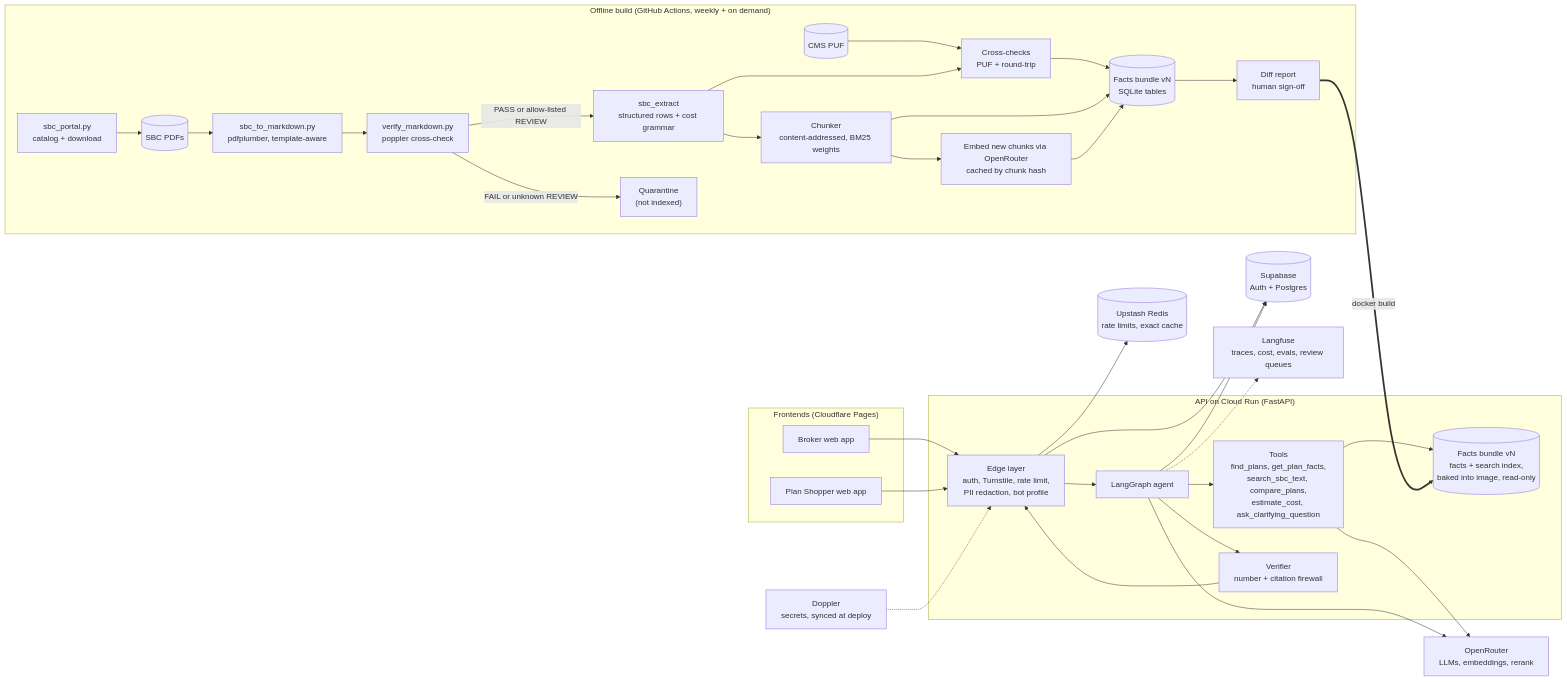
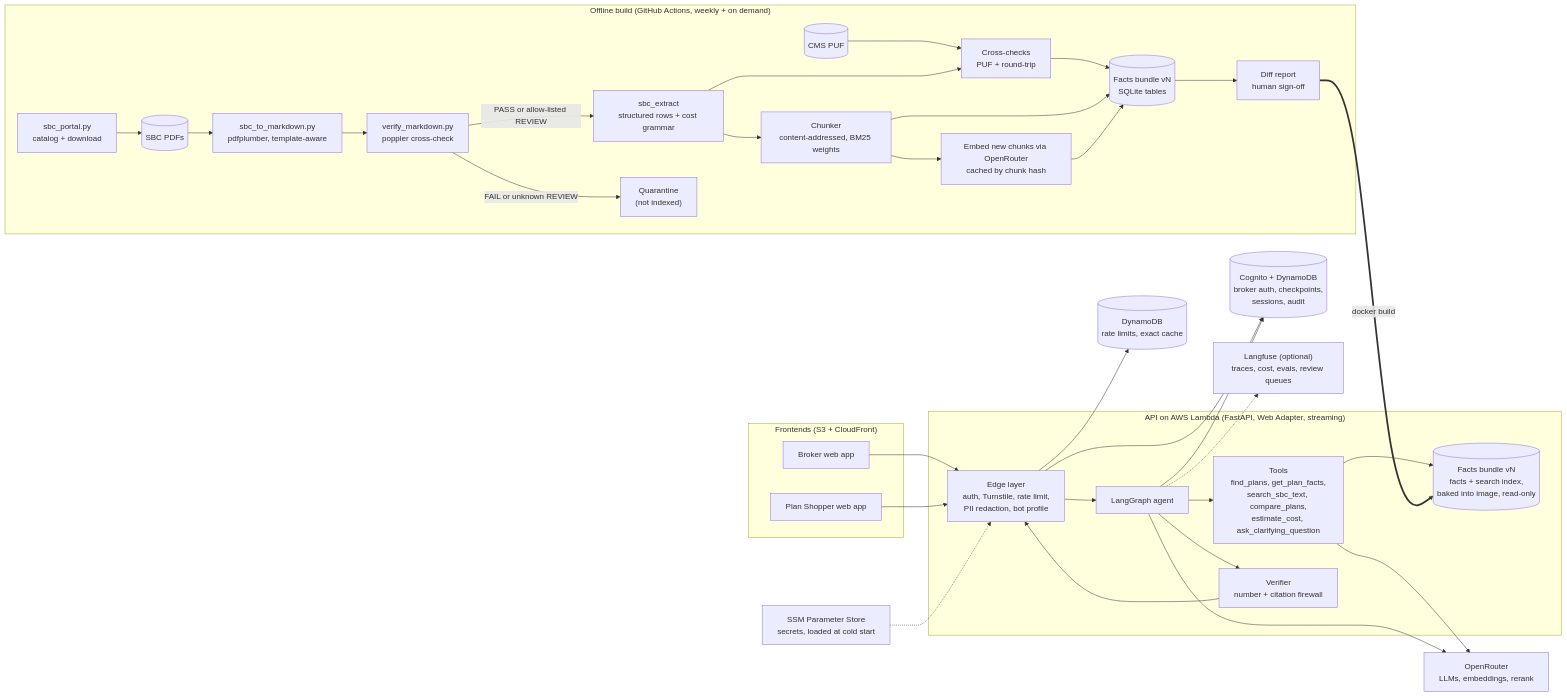
One commit to syamsruthin/sbc-agentic-rag changed the first of 2 diagrams in PLAN.md. Above: the diagram before and after it, drawn with Mermaid. The commit also changed other lines of this file and 11 other files, not shown here.

````diff
--- a/PLAN.md
+++ b/PLAN.md
@@ -187,53 +199,53 @@
 ```mermaid
 flowchart LR
   subgraph OFF["Offline build (GitHub Actions, weekly + on demand)"]
     PORTAL["sbc_portal.py<br/>catalog + download"] --> PDF[("SBC PDFs")]
     PDF --> CONV["sbc_to_markdown.py<br/>pdfplumber, template-aware"]
     CONV --> VER["verify_markdown.py<br/>poppler cross-check"]
     VER -->|"PASS or allow-listed REVIEW"| EXT["sbc_extract<br/>structured rows + cost grammar"]
     VER -->|"FAIL or unknown REVIEW"| Q["Quarantine<br/>(not indexed)"]
     PUFD[("CMS PUF")] --> XC["Cross-checks<br/>PUF + round-trip"]
     EXT --> XC
     XC --> FACTS[("Facts bundle vN<br/>SQLite tables")]
     FACTS --> DIFF["Diff report<br/>human sign-off"]
     EXT --> CHK["Chunker<br/>content-addressed, BM25 weights"]
     CHK --> EMB["Embed new chunks via OpenRouter<br/>cached by chunk hash"]
     CHK --> FACTS
     EMB --> FACTS
   end
 
-  subgraph CLIENTS["Frontends (Cloudflare Pages)"]
+  subgraph CLIENTS["Frontends (S3 + CloudFront)"]
     WB["Broker web app"]
     WP["Plan Shopper web app"]
   end
 
-  subgraph RUN["API on Cloud Run (FastAPI)"]
+  subgraph RUN["API on AWS Lambda (FastAPI, Web Adapter, streaming)"]
     EDGE["Edge layer<br/>auth, Turnstile, rate limit,<br/>PII redaction, bot profile"]
     AGENT["LangGraph agent"]
     TOOLS["Tools<br/>find_plans, get_plan_facts,<br/>search_sbc_text, compare_plans,<br/>estimate_cost, ask_clarifying_question"]
     VERIFY["Verifier<br/>number + citation firewall"]
     IDX[("Facts bundle vN<br/>facts + search index,<br/>baked into image, read-only")]
   end
 
   OR["OpenRouter<br/>LLMs, embeddings, rerank"]
-  SB[("Supabase<br/>Auth + Postgres")]
-  UP[("Upstash Redis<br/>rate limits, exact cache")]
-  LF["Langfuse<br/>traces, cost, evals, review queues"]
-  DP["Doppler<br/>secrets, synced at deploy"]
+  SB[("Cognito + DynamoDB<br/>broker auth, checkpoints,<br/>sessions, audit")]
+  UP[("DynamoDB<br/>rate limits, exact cache")]
+  LF["Langfuse (optional)<br/>traces, cost, evals, review queues"]
+  DP["SSM Parameter Store<br/>secrets, loaded at cold start"]
 
   WB --> EDGE
   WP --> EDGE
   EDGE --> AGENT
   AGENT --> TOOLS
   TOOLS --> IDX
   TOOLS --> OR
   AGENT --> OR
   AGENT --> VERIFY
   VERIFY --> EDGE
   EDGE --> UP
   EDGE --> SB
   AGENT --> SB
   AGENT -.-> LF
   DIFF ==>|"docker build"| IDX
   DP -.-> EDGE
 ```
````
